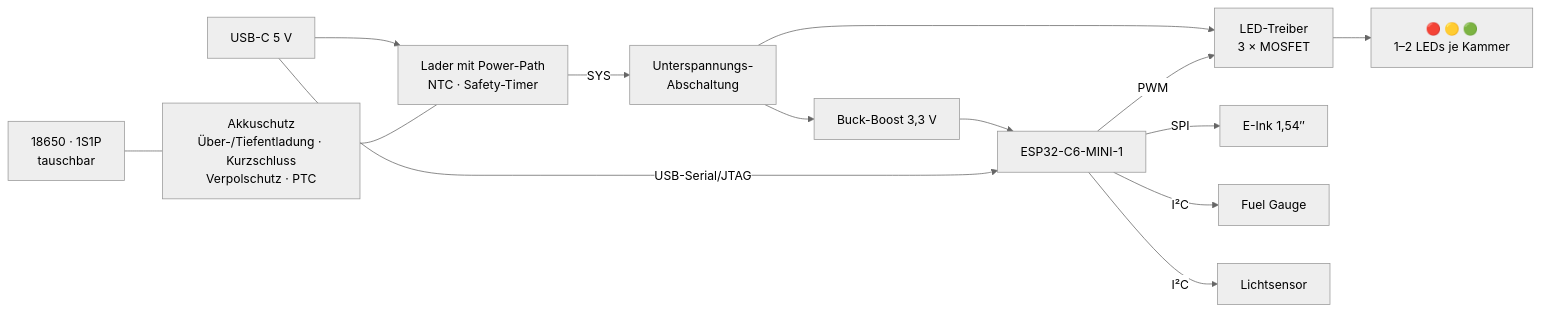
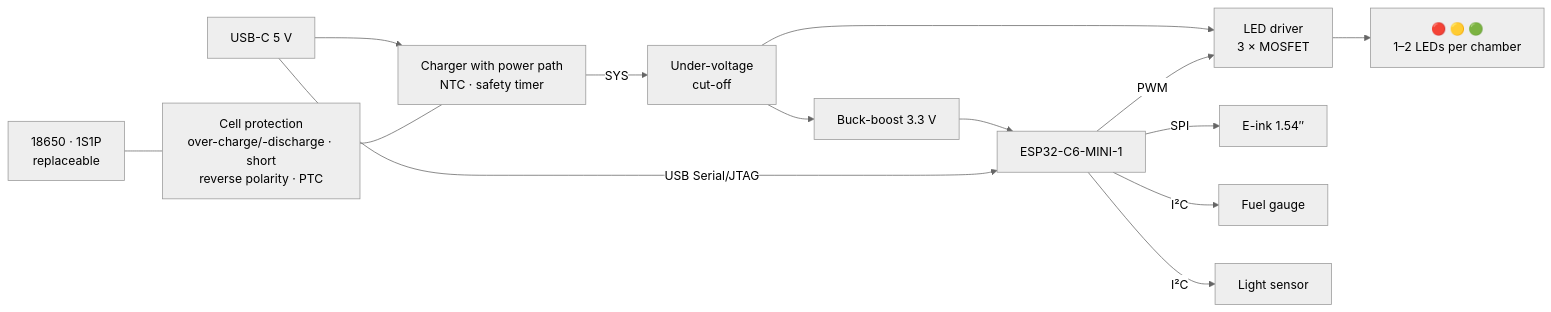
One commit to padalton/doormutex changed the second of 2 diagrams in README.md. Above: the diagram before and after it, drawn with Mermaid (neutral theme). The commit also changed other lines of this file and 3 other files, not shown here.

````diff
--- a/README.md
+++ b/README.md
@@ -355,16 +362,16 @@
 ```mermaid
 flowchart LR
-  usb["USB-C 5 V"] --> chg["Lader mit Power-Path<br/>NTC · Safety-Timer"]
-  cell["18650 · 1S1P<br/>tauschbar"] --- prot["Akkuschutz<br/>Über-/Tiefentladung · Kurzschluss<br/>Verpolschutz · PTC"]
+  usb["USB-C 5 V"] --> chg["Charger with power path<br/>NTC · safety timer"]
+  cell["18650 · 1S1P<br/>replaceable"] --- prot["Cell protection<br/>over-charge/-discharge · short<br/>reverse polarity · PTC"]
   prot --- chg
-  chg -->|SYS| uvlo["Unterspannungs-<br/>Abschaltung"]
-  uvlo --> reg["Buck-Boost 3,3 V"]
+  chg -->|SYS| uvlo["Under-voltage<br/>cut-off"]
+  uvlo --> reg["Buck-boost 3.3 V"]
   reg --> mcu["ESP32-C6-MINI-1"]
-  uvlo --> led["LED-Treiber<br/>3 × MOSFET"]
+  uvlo --> led["LED driver<br/>3 × MOSFET"]
   mcu -->|PWM| led
-  led --> lamps["🔴 🟡 🟢<br/>1–2 LEDs je Kammer"]
-  mcu -->|SPI| epd["E-Ink 1,54″"]
-  mcu -->|I²C| gauge["Fuel Gauge"]
-  mcu -->|I²C| als["Lichtsensor"]
-  usb -->|USB-Serial/JTAG| mcu
+  led --> lamps["🔴 🟡 🟢<br/>1–2 LEDs per chamber"]
+  mcu -->|SPI| epd["E-ink 1.54″"]
+  mcu -->|I²C| gauge["Fuel gauge"]
+  mcu -->|I²C| als["Light sensor"]
+  usb -->|USB Serial/JTAG| mcu
 ```
````
